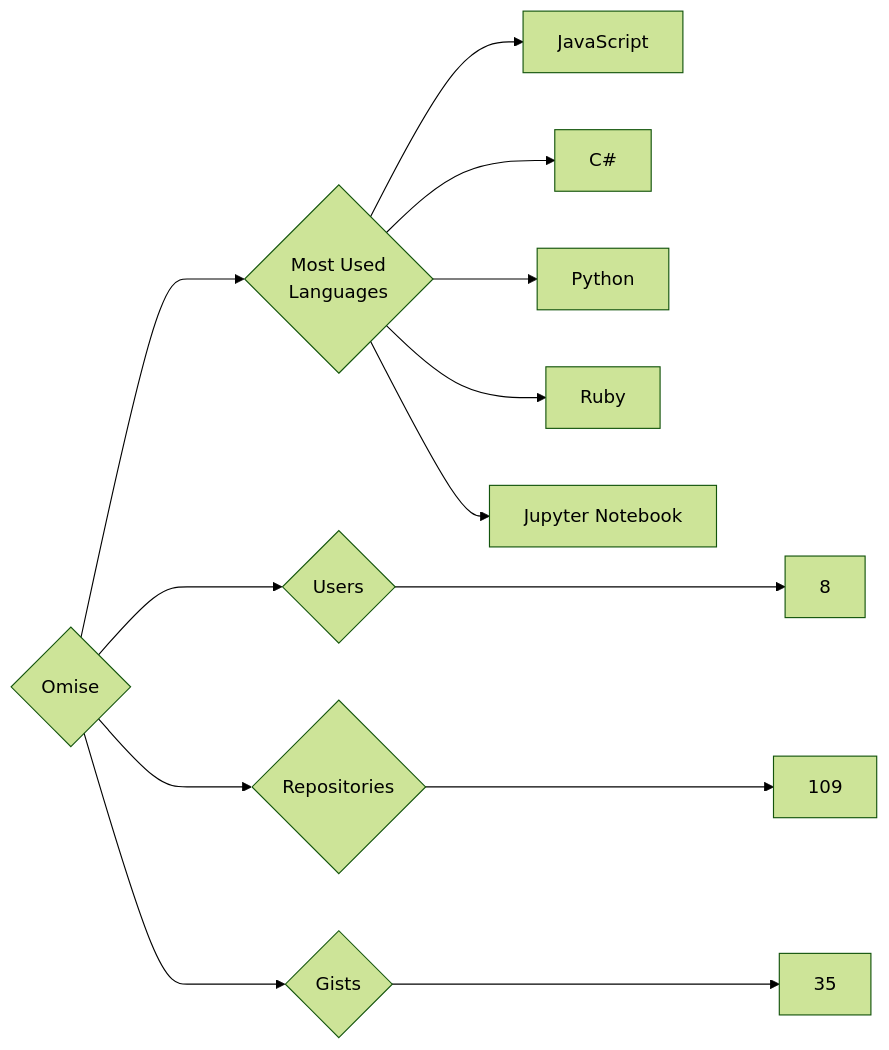
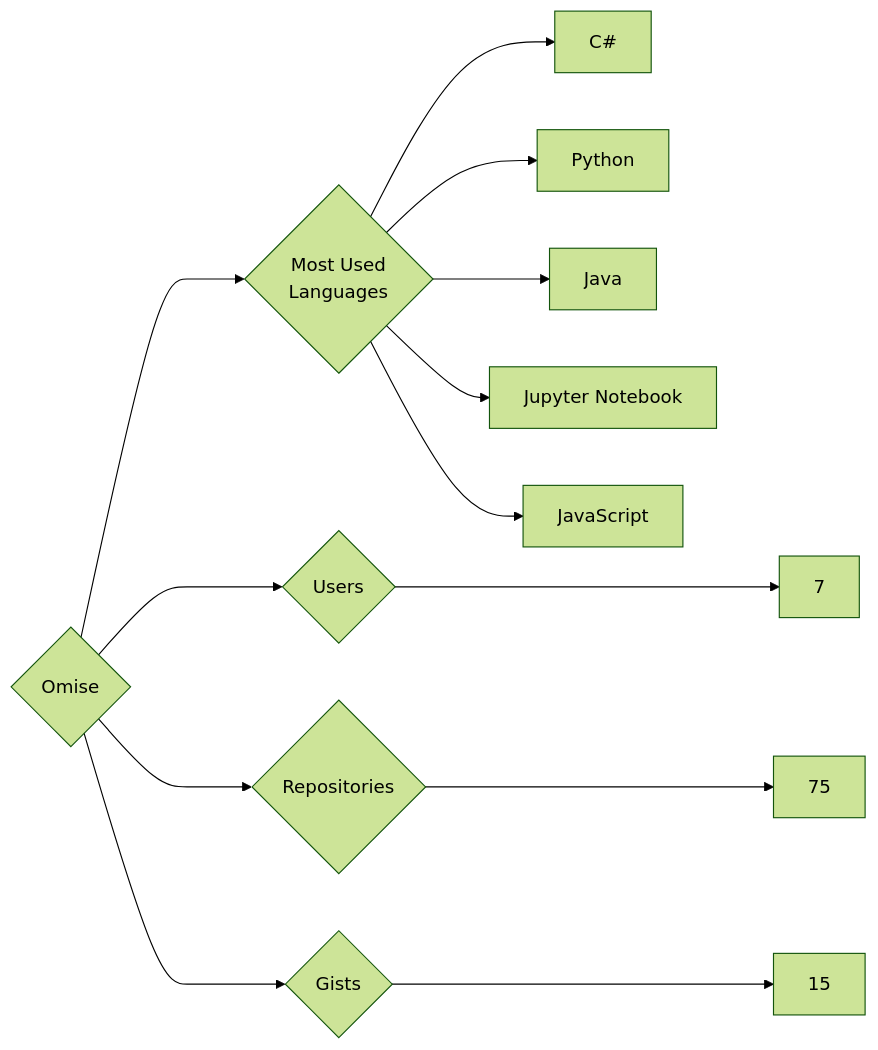
Before and after one commit to trickest/insiders: the diagram in targets/Omise/README.md, drawn with Mermaid (forest theme). The commit also changed 995 other files, not shown here.

````diff
--- a/targets/Omise/README.md
+++ b/targets/Omise/README.md
@@ -3,13 +3,13 @@
 ```mermaid
 graph LR
 COMPANY_NAME{Omise}
-COMPANY_NAME ---> U{Users} ---> UN[8]
-COMPANY_NAME ---> R{Repositories} ---> RN[109]
-COMPANY_NAME ---> G{Gists} ---> GN[35]
+COMPANY_NAME ---> U{Users} ---> UN[7]
+COMPANY_NAME ---> R{Repositories} ---> RN[75]
+COMPANY_NAME ---> G{Gists} ---> GN[15]
 COMPANY_NAME ---> ML{Most Used<br>Languages}
-ML --> JavaScript[JavaScript]
 ML --> C#[C#]
 ML --> Python[Python]
-ML --> Ruby[Ruby]
+ML --> Java[Java]
 ML --> Jupyter_Notebook[Jupyter Notebook]
+ML --> JavaScript[JavaScript]
 ```
````
